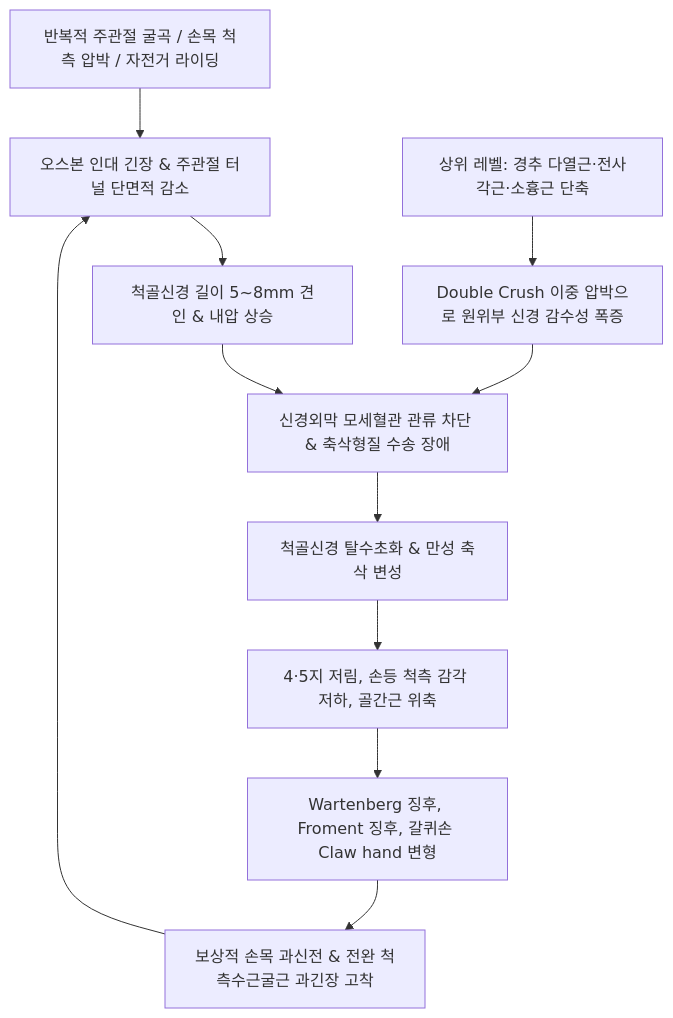
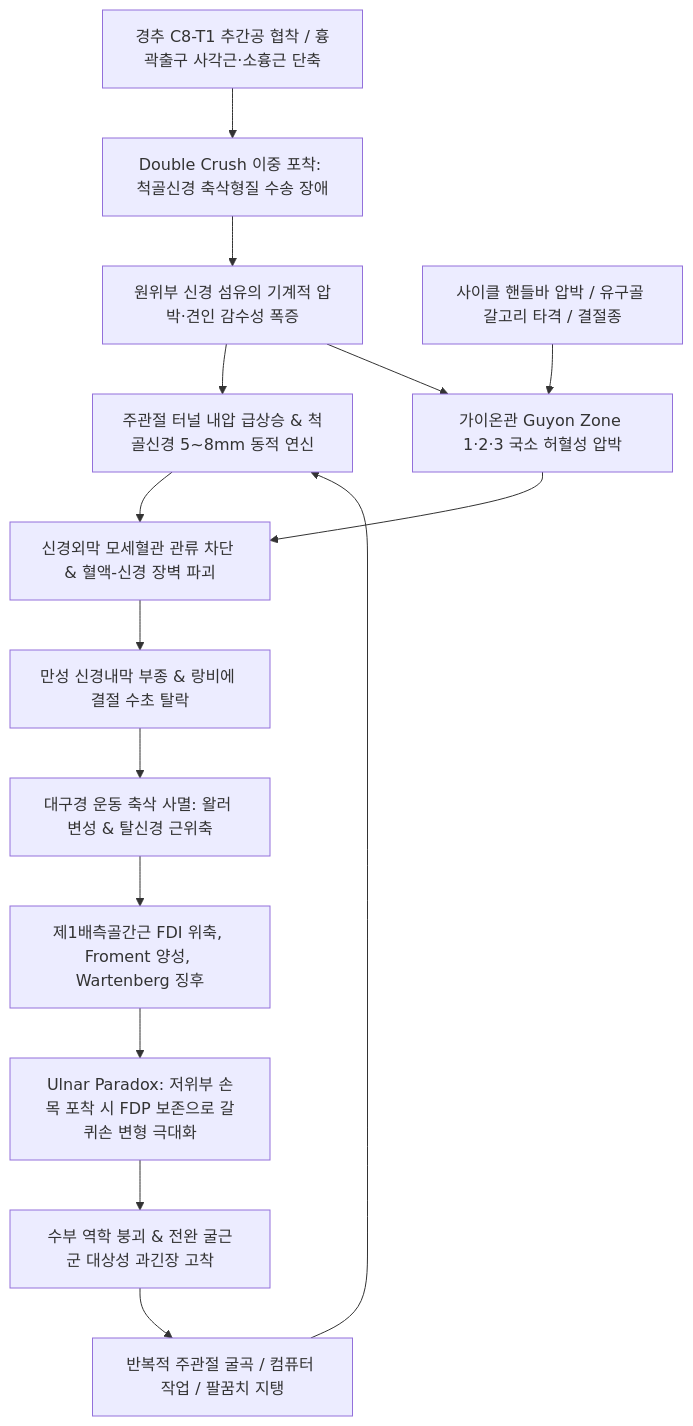
One commit to simbio11/simbio-digital-garden2 changed the diagram in content/3. 이론 공부/질환/근골격계 질환/상지/척골신경 포착.md. Above: the diagram before and after it, drawn with Mermaid. The commit also changed other lines of this file and 350 other files, not shown here.

````diff
--- a/content/3. 이론 공부/질환/근골격계 질환/상지/척골신경 포착.md
+++ b/content/3. 이론 공부/질환/근골격계 질환/상지/척골신경 포착.md
@@ -83,13 +131,17 @@
 ```mermaid
 graph TD
-    A[반복적 주관절 굴곡 / 손목 척측 압박 / 자전거 라이딩] --> B[오스본 인대 긴장 & 주관절 터널 단면적 감소]
-    B --> C[척골신경 길이 5~8mm 견인 & 내압 상승]
-    C --> D[신경외막 모세혈관 관류 차단 & 축삭형질 수송 장애]
-    D --> E[척골신경 탈수초화 & 만성 축삭 변성]
-    F[상위 레벨: 경추 다열근·전사각근·소흉근 단축] --> G[Double Crush 이중 압박으로 원위부 신경 감수성 폭증]
-    G --> D
-    E --> H[4·5지 저림, 손등 척측 감각 저하, 골간근 위축]
-    H --> I[Wartenberg 징후, Froment 징후, 갈퀴손 Claw hand 변형]
-    I --> J[보상적 손목 과신전 & 전완 척측수근굴근 과긴장 고착]
-    J --> B
+    A[경추 C8-T1 추간공 협착 / 흉곽출구 사각근·소흉근 단축] --> B[Double Crush 이중 포착: 척골신경 축삭형질 수송 장애]
+    B --> C[원위부 신경 섬유의 기계적 압박·견인 감수성 폭증]
+    D[반복적 주관절 굴곡 / 컴퓨터 작업 / 팔꿈치 지탱] --> E[주관절 터널 내압 급상승 & 척골신경 5~8mm 동적 연신]
+    F[사이클 핸들바 압박 / 유구골 갈고리 타격 / 결절종] --> G[가이온관 Guyon Zone 1·2·3 국소 허혈성 압박]
+    C --> E
+    C --> G
+    E --> H[신경외막 모세혈관 관류 차단 & 혈액-신경 장벽 파괴]
+    G --> H
+    H --> I[만성 신경내막 부종 & 랑비에 결절 수초 탈락]
+    I --> J[대구경 운동 축삭 사멸: 왈러 변성 & 탈신경 근위축]
+    J --> K[제1배측골간근 FDI 위축, Froment 양성, Wartenberg 징후]
+    K --> L[Ulnar Paradox: 저위부 손목 포착 시 FDP 보존으로 갈퀴손 변형 극대화]
+    L --> M[수부 역학 붕괴 & 전완 굴근군 대상성 과긴장 고착]
+    M --> D
 ```
````
